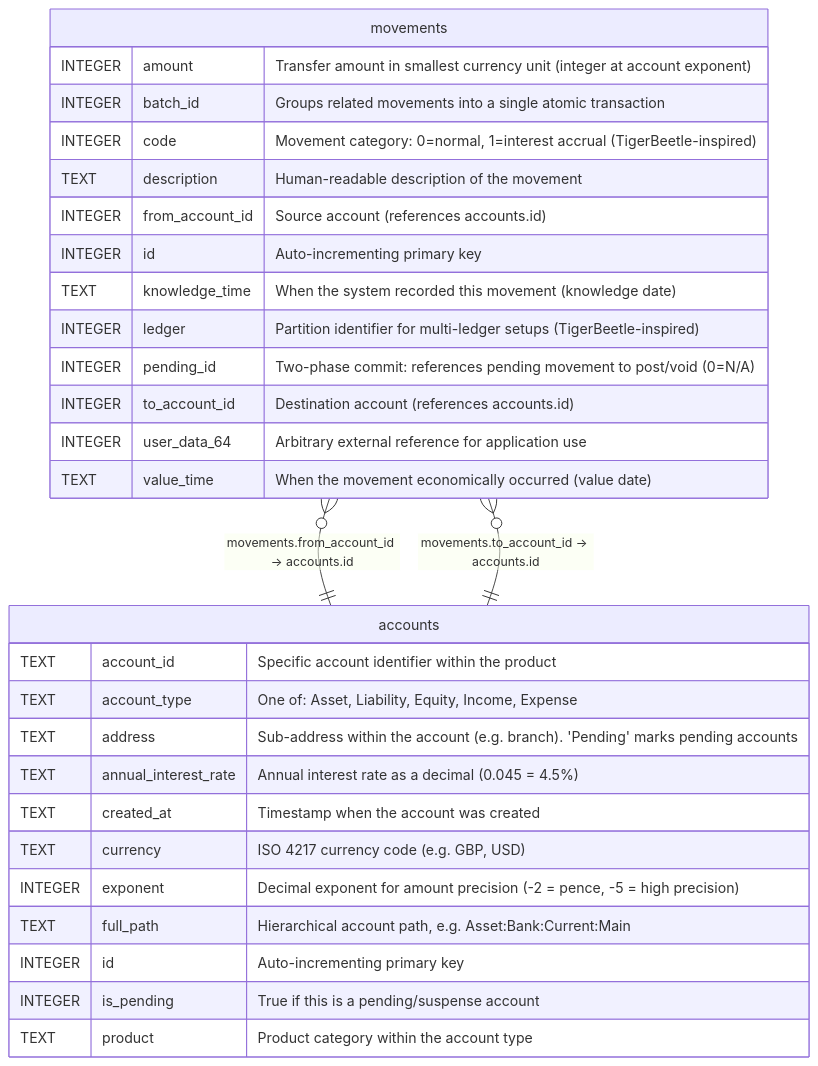
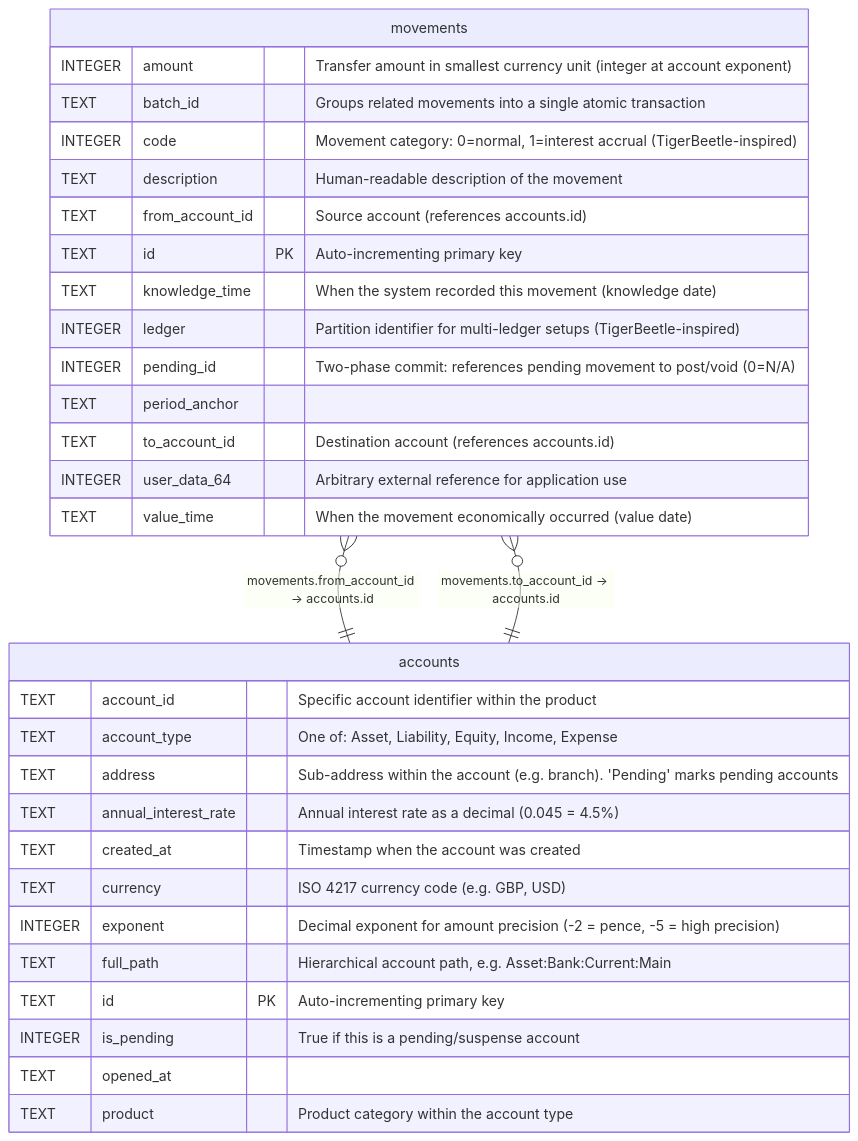
The diagram in docs/schema/movements.md (drummonds/go-luca), drawn with Mermaid before and after one commit. The commit also changed other lines of this file and 29 other files, not shown here.

````diff
--- a/docs/schema/movements.md
+++ b/docs/schema/movements.md
@@ -64,34 +68,36 @@
 ```mermaid
 erDiagram
 
 "movements" }o--|| "accounts" : "movements.from_account_id -> accounts.id"
 "movements" }o--|| "accounts" : "movements.to_account_id -> accounts.id"
 
 "movements" {
   INTEGER amount "Transfer amount in smallest currency unit (integer at account exponent)"
-  INTEGER batch_id "Groups related movements into a single atomic transaction"
+  TEXT batch_id "Groups related movements into a single atomic transaction"
   INTEGER code "Movement category: 0=normal, 1=interest accrual (TigerBeetle-inspired)"
   TEXT description "Human-readable description of the movement"
-  INTEGER from_account_id "Source account (references accounts.id)"
-  INTEGER id "Auto-incrementing primary key"
+  TEXT from_account_id "Source account (references accounts.id)"
+  TEXT id PK "Auto-incrementing primary key"
   TEXT knowledge_time "When the system recorded this movement (knowledge date)"
   INTEGER ledger "Partition identifier for multi-ledger setups (TigerBeetle-inspired)"
   INTEGER pending_id "Two-phase commit: references pending movement to post/void (0=N/A)"
-  INTEGER to_account_id "Destination account (references accounts.id)"
+  TEXT period_anchor ""
+  TEXT to_account_id "Destination account (references accounts.id)"
   INTEGER user_data_64 "Arbitrary external reference for application use"
   TEXT value_time "When the movement economically occurred (value date)"
 }
 "accounts" {
   TEXT account_id "Specific account identifier within the product"
   TEXT account_type "One of: Asset, Liability, Equity, Income, Expense"
   TEXT address "Sub-address within the account (e.g. branch). 'Pending' marks pending accounts"
   TEXT annual_interest_rate "Annual interest rate as a decimal (0.045 = 4.5%)"
   TEXT created_at "Timestamp when the account was created"
   TEXT currency "ISO 4217 currency code (e.g. GBP, USD)"
   INTEGER exponent "Decimal exponent for amount precision (-2 = pence, -5 = high precision)"
   TEXT full_path "Hierarchical account path, e.g. Asset:Bank:Current:Main"
-  INTEGER id "Auto-incrementing primary key"
+  TEXT id PK "Auto-incrementing primary key"
   INTEGER is_pending "True if this is a pending/suspense account"
+  TEXT opened_at ""
   TEXT product "Product category within the account type"
 }
 ```
````
